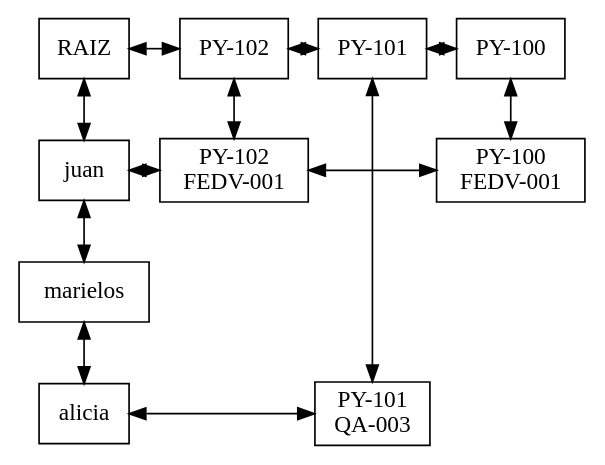
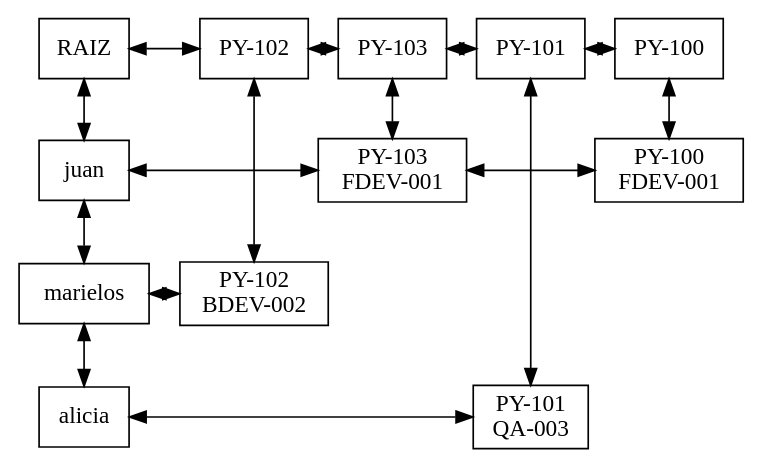
Before and after one commit to DDanielABF/EDD_2S2023_PY1_202004783: the diagram in EDD_PY1_FASE1/matriz.dot, drawn with Graphviz. The commit also changed 28 other files, not shown here.

```diff
--- a/EDD_PY1_FASE1/matriz.dot
+++ b/EDD_PY1_FASE1/matriz.dot
@@ -1,34 +1,39 @@
 digraph MatrizCapa{ 
  node[shape=box] 
  rankdir=UD;
 {rank=same; 
-nodo0x791c50[label="RAIZ\n" ,group=0]; 
-nodo0x791eb0[label="PY-102" ,group=1]; 
-nodo0x7966f0[label="PY-101" ,group=2]; 
-nodo0x796740[label="PY-100" ,group=3]; 
+nodo0xf81c50[label="RAIZ\n" ,group=0]; 
+nodo0xf867f0[label="PY-102" ,group=1]; 
+nodo0xf86860[label="PY-103" ,group=2]; 
+nodo0xf868d0[label="PY-101" ,group=3]; 
+nodo0xf86940[label="PY-100" ,group=4]; 
 } 
 {rank=same; 
-nodo0x796790[label="juan" ,group=0]; 
-nodo0x7968d0[label="PY-102\nFEDV-001" ,group=1]; 
-nodo0x796880[label="PY-100\nFEDV-001" ,group=3]; 
+nodo0xf869b0[label="juan" ,group=0]; 
+nodo0xf87420[label="PY-103\nFDEV-001" ,group=2]; 
+nodo0xf86a20[label="PY-100\nFDEV-001" ,group=4]; 
 } 
 {rank=same; 
-nodo0x7967e0[label="marielos" ,group=0]; 
+nodo0xf86a90[label="marielos" ,group=0]; 
+nodo0xf86b00[label="PY-102\nBDEV-002" ,group=1]; 
 } 
 {rank=same; 
-nodo0x796830[label="alicia" ,group=0]; 
-nodo0x796920[label="PY-101\nQA-003" ,group=2]; 
+nodo0xf86b70[label="alicia" ,group=0]; 
+nodo0xf873d0[label="PY-101\nQA-003" ,group=3]; 
 } 
-nodo0x791c50 -> nodo0x791eb0 [dir=both];
-nodo0x791eb0 -> nodo0x7966f0 [dir=both];
-nodo0x7966f0 -> nodo0x796740 [dir=both];
-nodo0x796790 -> nodo0x7968d0 [dir=both];
-nodo0x7968d0 -> nodo0x796880 [dir=both];
-nodo0x796830 -> nodo0x796920 [dir=both];
-nodo0x791c50 -> nodo0x796790 [dir=both];
-nodo0x796790 -> nodo0x7967e0 [dir=both];
-nodo0x7967e0 -> nodo0x796830 [dir=both];
-nodo0x791eb0 -> nodo0x7968d0 [dir=both];
-nodo0x7966f0 -> nodo0x796920 [dir=both];
-nodo0x796740 -> nodo0x796880 [dir=both];
+nodo0xf81c50 -> nodo0xf867f0 [dir=both];
+nodo0xf867f0 -> nodo0xf86860 [dir=both];
+nodo0xf86860 -> nodo0xf868d0 [dir=both];
+nodo0xf868d0 -> nodo0xf86940 [dir=both];
+nodo0xf869b0 -> nodo0xf87420 [dir=both];
+nodo0xf87420 -> nodo0xf86a20 [dir=both];
+nodo0xf86a90 -> nodo0xf86b00 [dir=both];
+nodo0xf86b70 -> nodo0xf873d0 [dir=both];
+nodo0xf81c50 -> nodo0xf869b0 [dir=both];
+nodo0xf869b0 -> nodo0xf86a90 [dir=both];
+nodo0xf86a90 -> nodo0xf86b70 [dir=both];
+nodo0xf867f0 -> nodo0xf86b00 [dir=both];
+nodo0xf86860 -> nodo0xf87420 [dir=both];
+nodo0xf868d0 -> nodo0xf873d0 [dir=both];
+nodo0xf86940 -> nodo0xf86a20 [dir=both];
 } 
```
